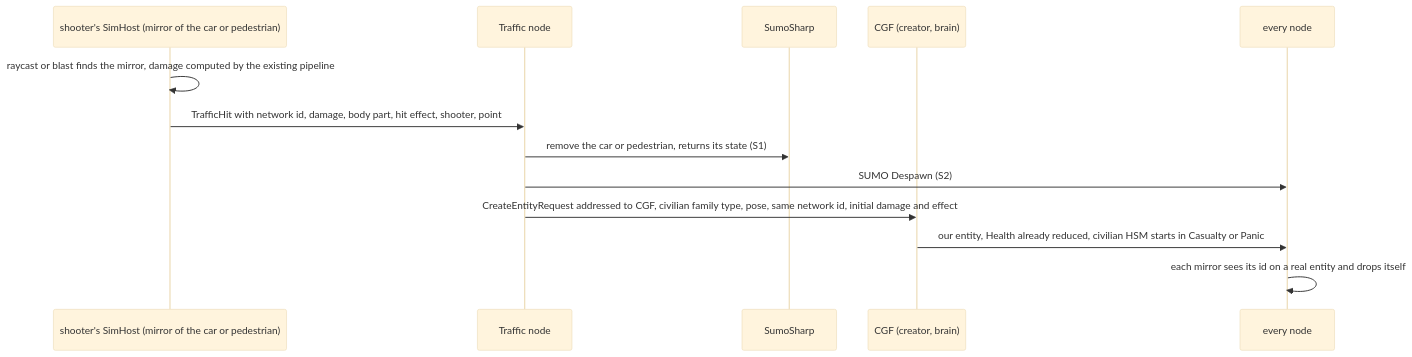
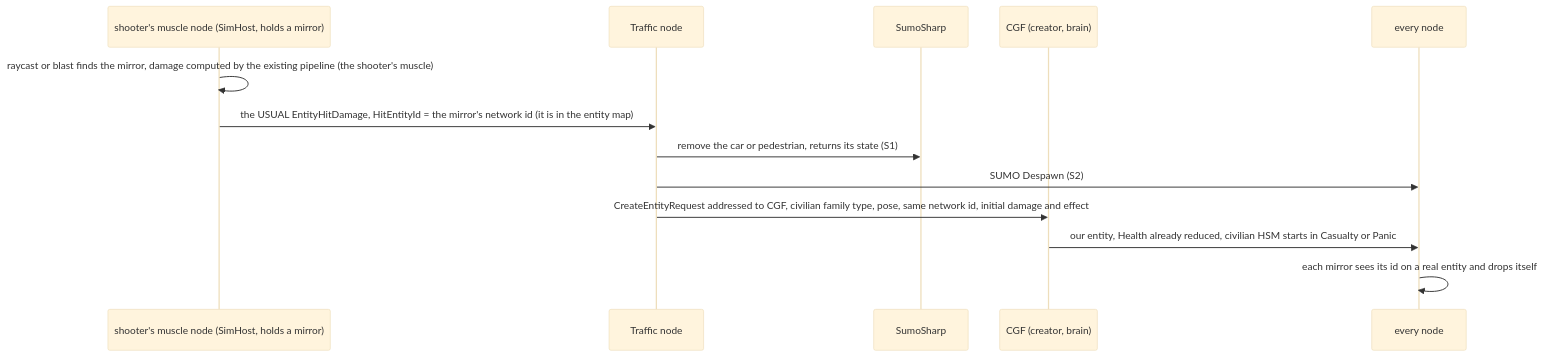
The sixth of 6 diagrams in docs/blueprints/Architect_Question_93_Sumo_Traffic_Node.md (pjanec/HROT), drawn with Mermaid (base theme) before and after one commit. The commit also changed other lines of this file and 1 other file, not shown here.

First line of the commit message:
docs(AQ93): SUMO entities are normal replicas with network ids (R-4038)

````diff
--- a/docs/blueprints/Architect_Question_93_Sumo_Traffic_Node.md
+++ b/docs/blueprints/Architect_Question_93_Sumo_Traffic_Node.md
@@ -395,15 +396,15 @@
 ```mermaid
 sequenceDiagram
-  participant SH as shooter's SimHost (mirror of the car or pedestrian)
+  participant SH as shooter's muscle node (SimHost, holds a mirror)
   participant TN as Traffic node
   participant E as SumoSharp
   participant CGF as CGF (creator, brain)
   participant N as every node
-  SH->>SH: raycast or blast finds the mirror, damage computed by the existing pipeline
-  SH->>TN: TrafficHit with network id, damage, body part, hit effect, shooter, point
+  SH->>SH: raycast or blast finds the mirror, damage computed by the existing pipeline (the shooter's muscle)
+  SH->>TN: the USUAL EntityHitDamage, HitEntityId = the mirror's network id (it is in the entity map)
   TN->>E: remove the car or pedestrian, returns its state (S1)
   TN->>N: SUMO Despawn (S2)
   TN->>CGF: CreateEntityRequest addressed to CGF, civilian family type, pose, same network id, initial damage and effect
   CGF->>N: our entity, Health already reduced, civilian HSM starts in Casualty or Panic
   N->>N: each mirror sees its id on a real entity and drops itself
 ```
````
